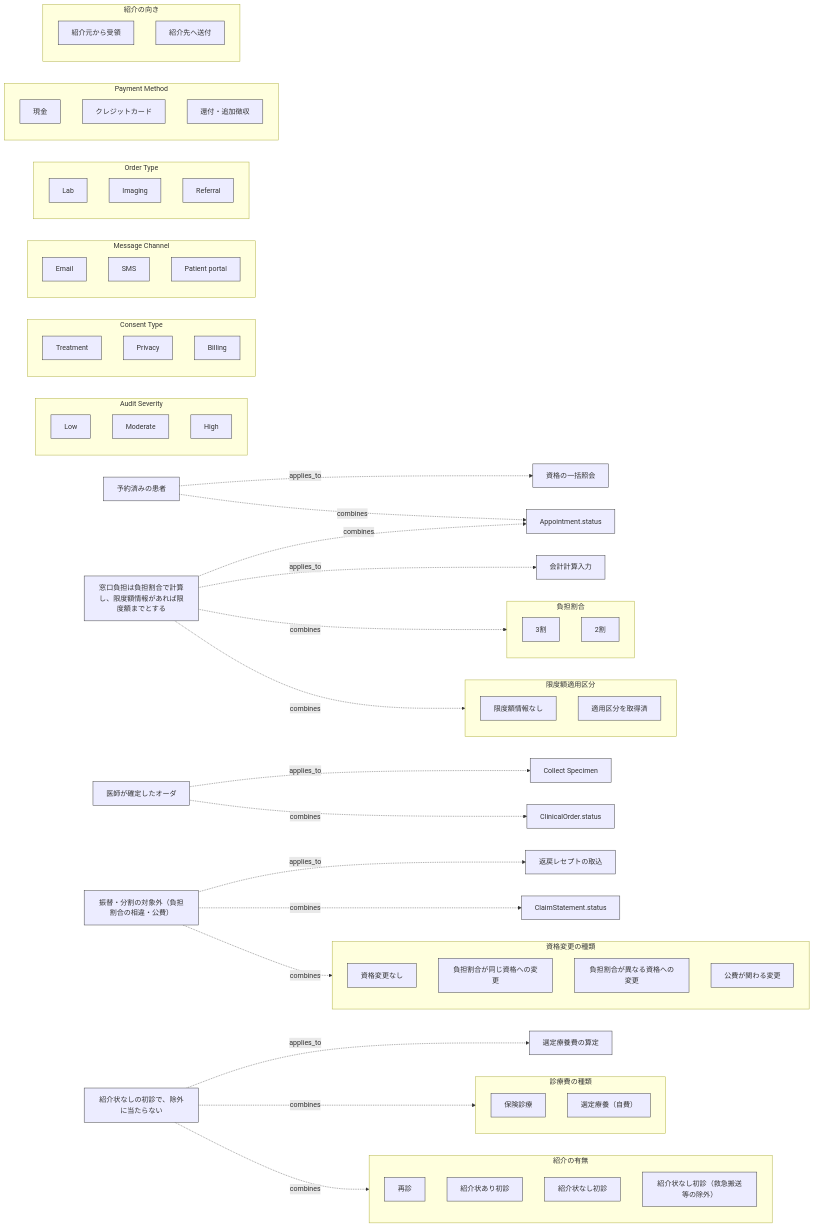
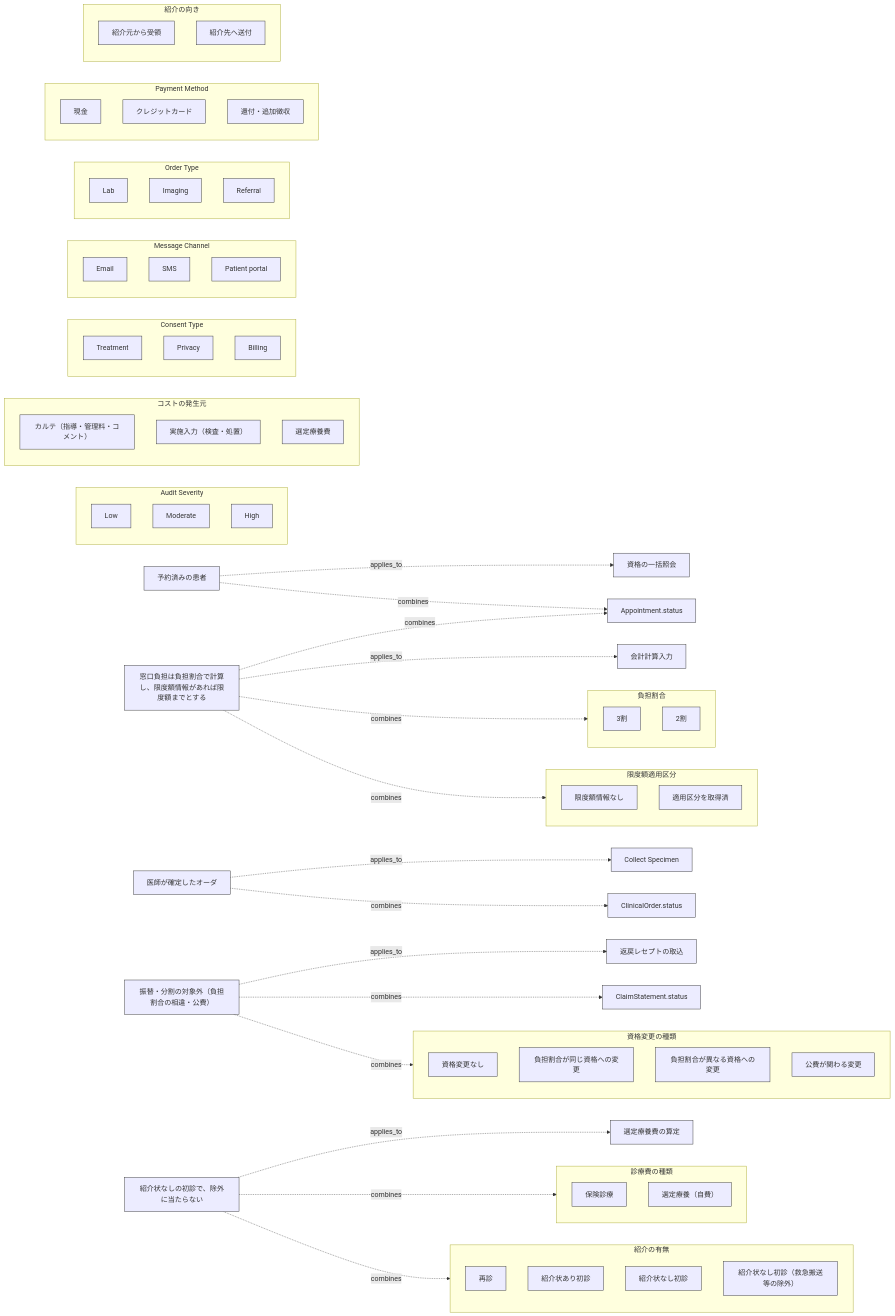
The diagram in samples/clinic-ops/out/condition.mmd (manji-0/rdra-ish-dsl), drawn with Mermaid before and after one commit. The commit also changed 13 other files, not shown here.

```diff
--- a/samples/clinic-ops/out/condition.mmd
+++ b/samples/clinic-ops/out/condition.mmd
@@ -1,96 +1,101 @@
 %% rdra-ish diagram=condition scope=whole model=samples/clinic-ops
 %% kinds: condition statemodel variation value usecase
 %% omitted: (none)
 flowchart LR
   condition__BookedPatient["予約済みの患者"]:::condition
   %% holds condition__BookedPatient: Appointment.status == apptscheduled
   condition__CopayCappedAtLimit["窓口負担は負担割合で計算し、限度額情報があれば限度額までとする"]:::condition
   condition__OrderConfirmedByPhysician["医師が確定したオーダ"]:::condition
   %% holds condition__OrderConfirmedByPhysician: ClinicalOrder.physician_confirmed == true, ClinicalOrder.status == clordered
   condition__TransferNotPossible["振替・分割の対象外（負担割合の相違・公費）"]:::condition
   condition__UnreferredFirstVisit["紹介状なしの初診で、除外に当たらない"]:::condition
   %% holds condition__UnreferredFirstVisit: Charge.kind == selectedtreatment, Appointment.referral == unreferred
   statemodel__Appointment_status["Appointment.status"]:::statemodel
   statemodel__ClaimStatement_status["ClaimStatement.status"]:::statemodel
   statemodel__ClinicalOrder_status["ClinicalOrder.status"]:::statemodel
   subgraph variation__AuditSeverity["Audit Severity"]
     variation__AuditSeverity__low["Low"]:::value
     variation__AuditSeverity__moderate["Moderate"]:::value
     variation__AuditSeverity__high["High"]:::value
   end
   subgraph variation__BurdenRatio["負担割合"]
     variation__BurdenRatio__thirty["3割"]:::value
     variation__BurdenRatio__twenty["2割"]:::value
   end
   subgraph variation__ChargeKind["診療費の種類"]
     variation__ChargeKind__insured["保険診療"]:::value
     variation__ChargeKind__selectedtreatment["選定療養（自費）"]:::value
+  end
+  subgraph variation__ChargeOrigin["コストの発生元"]
+    variation__ChargeOrigin__chart["カルテ（指導・管理料・コメント）"]:::value
+    variation__ChargeOrigin__performed["実施入力（検査・処置）"]:::value
+    variation__ChargeOrigin__selectedfee["選定療養費"]:::value
   end
   subgraph variation__ConsentType["Consent Type"]
     variation__ConsentType__treatment["Treatment"]:::value
     variation__ConsentType__privacy["Privacy"]:::value
     variation__ConsentType__billing["Billing"]:::value
   end
   subgraph variation__LimitCategory["限度額適用区分"]
     variation__LimitCategory__notobtained["限度額情報なし"]:::value
     variation__LimitCategory__obtained["適用区分を取得済"]:::value
   end
   subgraph variation__MessageChannel["Message Channel"]
     variation__MessageChannel__email["Email"]:::value
     variation__MessageChannel__sms["SMS"]:::value
     variation__MessageChannel__portal["Patient portal"]:::value
   end
   subgraph variation__OrderType["Order Type"]
     variation__OrderType__lab["Lab"]:::value
     variation__OrderType__imaging["Imaging"]:::value
     variation__OrderType__referral["Referral"]:::value
   end
   subgraph variation__PayerChange["資格変更の種類"]
     variation__PayerChange__nochange["資格変更なし"]:::value
     variation__PayerChange__sameratio["負担割合が同じ資格への変更"]:::value
     variation__PayerChange__ratiochanged["負担割合が異なる資格への変更"]:::value
     variation__PayerChange__publicexpense["公費が関わる変更"]:::value
   end
   subgraph variation__PaymentMethod["Payment Method"]
     variation__PaymentMethod__cash["現金"]:::value
     variation__PaymentMethod__card["クレジットカード"]:::value
     variation__PaymentMethod__adjustment["還付・追加徴収"]:::value
   end
   subgraph variation__ReferralCategory["紹介の有無"]
     variation__ReferralCategory__revisit["再診"]:::value
     variation__ReferralCategory__referred["紹介状あり初診"]:::value
     variation__ReferralCategory__unreferred["紹介状なし初診"]:::value
     variation__ReferralCategory__exempt["紹介状なし初診（救急搬送等の除外）"]:::value
   end
   subgraph variation__ReferralDirection["紹介の向き"]
     variation__ReferralDirection__inbound["紹介元から受領"]:::value
     variation__ReferralDirection__outbound["紹介先へ送付"]:::value
   end
   usecase__ApplySelectedTreatmentFee["選定療養費の算定"]:::usecase
   usecase__BatchVerifyEligibility["資格の一括照会"]:::usecase
   usecase__CalculateVisitBill["会計計算入力"]:::usecase
   usecase__CollectSpecimen["Collect Specimen"]:::usecase
   usecase__RecordClaimReturn["返戻レセプトの取込"]:::usecase
   condition__BookedPatient -.->|applies_to| usecase__BatchVerifyEligibility
   condition__BookedPatient -.->|combines| statemodel__Appointment_status
   %% derived condition__BookedPatient -> statemodel__Appointment_status from holds
   condition__CopayCappedAtLimit -.->|applies_to| usecase__CalculateVisitBill
   condition__CopayCappedAtLimit -.->|combines| statemodel__Appointment_status
   condition__CopayCappedAtLimit -.->|combines| variation__BurdenRatio
   condition__CopayCappedAtLimit -.->|combines| variation__LimitCategory
   condition__OrderConfirmedByPhysician -.->|applies_to| usecase__CollectSpecimen
   condition__OrderConfirmedByPhysician -.->|combines| statemodel__ClinicalOrder_status
   %% derived condition__OrderConfirmedByPhysician -> statemodel__ClinicalOrder_status from holds
   condition__TransferNotPossible -.->|applies_to| usecase__RecordClaimReturn
   condition__TransferNotPossible -.->|combines| statemodel__ClaimStatement_status
   condition__TransferNotPossible -.->|combines| variation__PayerChange
   condition__UnreferredFirstVisit -.->|applies_to| usecase__ApplySelectedTreatmentFee
   condition__UnreferredFirstVisit -.->|combines| variation__ChargeKind
   %% derived condition__UnreferredFirstVisit -> variation__ChargeKind from holds
   condition__UnreferredFirstVisit -.->|combines| variation__ReferralCategory
   %% derived condition__UnreferredFirstVisit -> variation__ReferralCategory from holds
   classDef condition stroke:#333;
   classDef statemodel stroke:#333;
   classDef variation stroke:#333;
   classDef value stroke:#333;
   classDef usecase stroke:#333;
```
